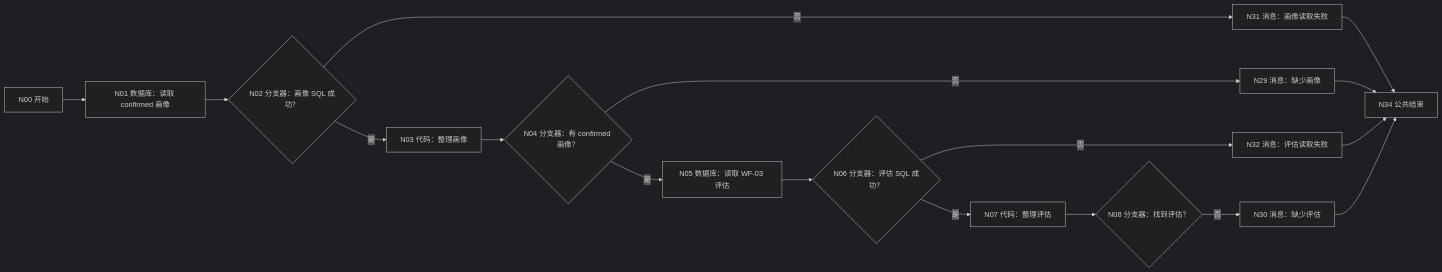
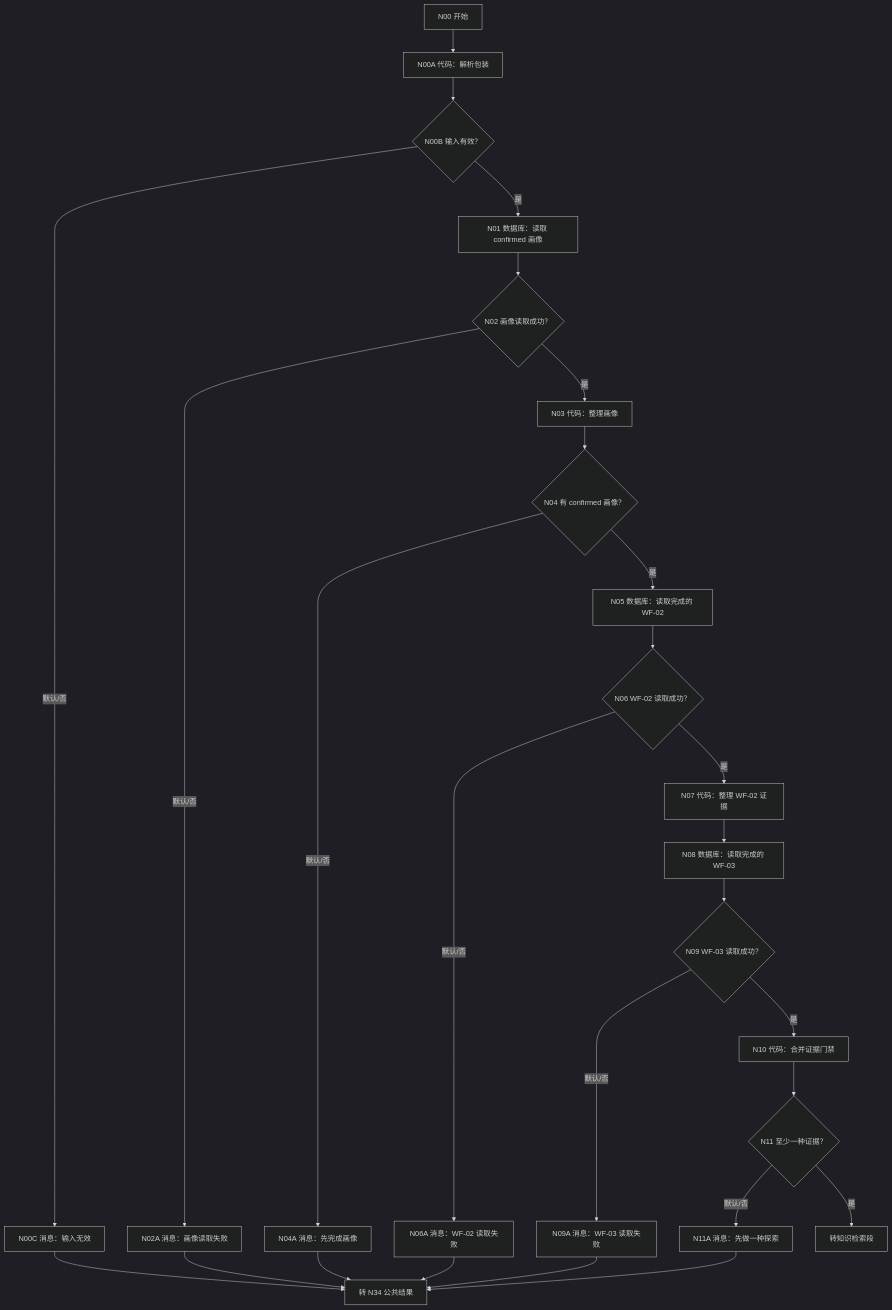
The first of 3 diagrams in docs/workflows/WF-04-path-recommendation.md (caoyue0115/university-life-planning-simulator), drawn with Mermaid (dark theme) before and after one commit. The commit also changed other lines of this file and 15 other files, not shown here.

````diff
--- a/docs/workflows/WF-04-path-recommendation.md
+++ b/docs/workflows/WF-04-path-recommendation.md
@@ -17,19 +22,29 @@
 ```mermaid
-flowchart LR
-    N00["N00 开始"] --> N01["N01 数据库：读取 confirmed 画像"]
-    N01 --> N02{"N02 分支器：画像 SQL 成功？"}
-    N02 -->|否| N31["N31 消息：画像读取失败"]
+flowchart TD
+    N00["N00 开始"] --> N00A["N00A 代码：解析包装"]
+    N00A --> N00B{"N00B 输入有效？"}
+    N00B -->|默认/否| N00C["N00C 消息：输入无效"]
+    N00B -->|是| N01["N01 数据库：读取 confirmed 画像"]
+    N01 --> N02{"N02 画像读取成功？"}
+    N02 -->|默认/否| N02A["N02A 消息：画像读取失败"]
     N02 -->|是| N03["N03 代码：整理画像"]
-    N03 --> N04{"N04 分支器：有 confirmed 画像？"}
-    N04 -->|否| N29["N29 消息：缺少画像"]
-    N04 -->|是| N05["N05 数据库：读取 WF-03 评估"]
-    N05 --> N06{"N06 分支器：评估 SQL 成功？"}
-    N06 -->|否| N32["N32 消息：评估读取失败"]
-    N06 -->|是| N07["N07 代码：整理评估"]
-    N07 --> N08{"N08 分支器：找到评估？"}
-    N08 -->|否| N30["N30 消息：缺少评估"]
-    N29 --> N34["N34 公共结束"]
-    N30 --> N34
-    N31 --> N34
-    N32 --> N34
+    N03 --> N04{"N04 有 confirmed 画像？"}
+    N04 -->|默认/否| N04A["N04A 消息：先完成画像"]
+    N04 -->|是| N05["N05 数据库：读取完成的 WF-02"]
+    N05 --> N06{"N06 WF-02 读取成功？"}
+    N06 -->|默认/否| N06A["N06A 消息：WF-02 读取失败"]
+    N06 -->|是| N07["N07 代码：整理 WF-02 证据"]
+    N07 --> N08["N08 数据库：读取完成的 WF-03"]
+    N08 --> N09{"N09 WF-03 读取成功？"}
+    N09 -->|默认/否| N09A["N09A 消息：WF-03 读取失败"]
+    N09 -->|是| N10["N10 代码：合并证据门禁"]
+    N10 --> N11{"N11 至少一种证据？"}
+    N11 -->|默认/否| N11A["N11A 消息：先做一种探索"]
+    N11 -->|是| R2["转知识检索段"]
+    N00C --> R["转 N34 公共结果"]
+    N02A --> R
+    N04A --> R
+    N06A --> R
+    N09A --> R
+    N11A --> R
 ```
````
